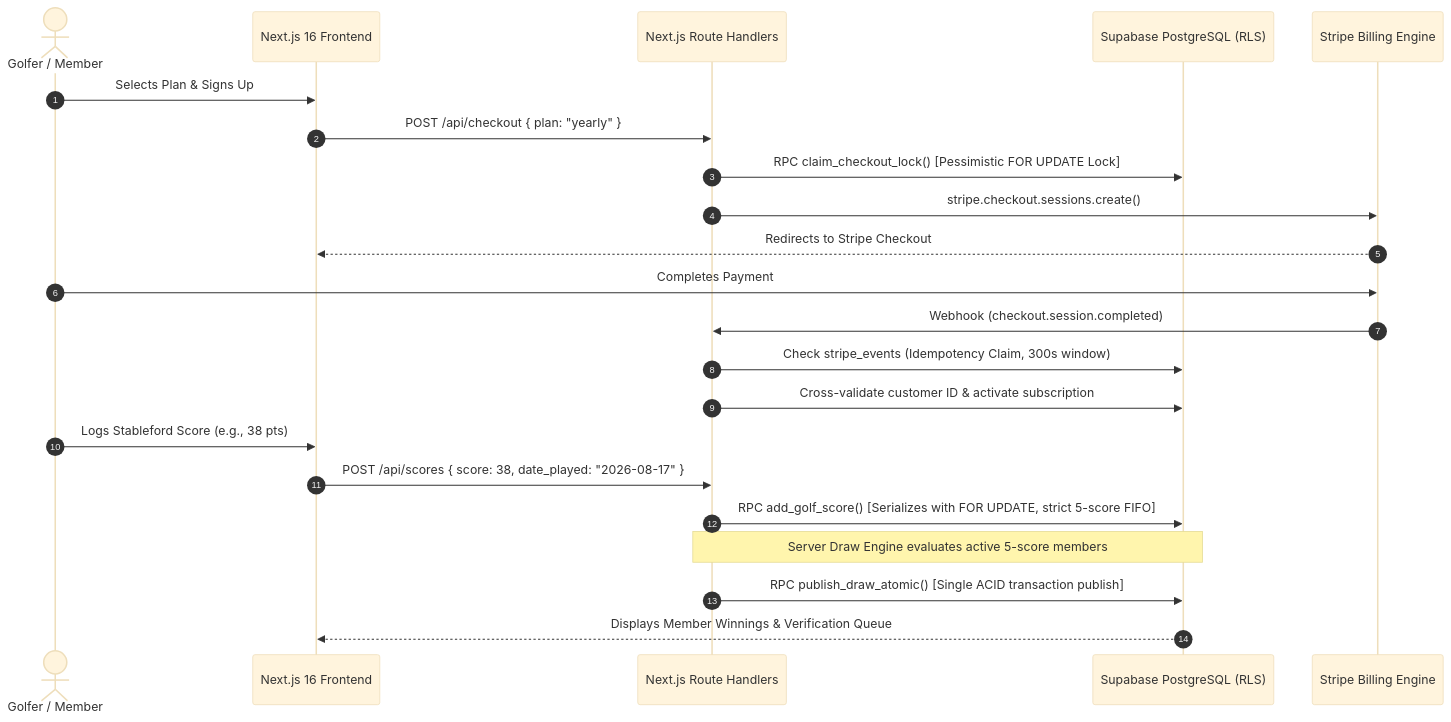
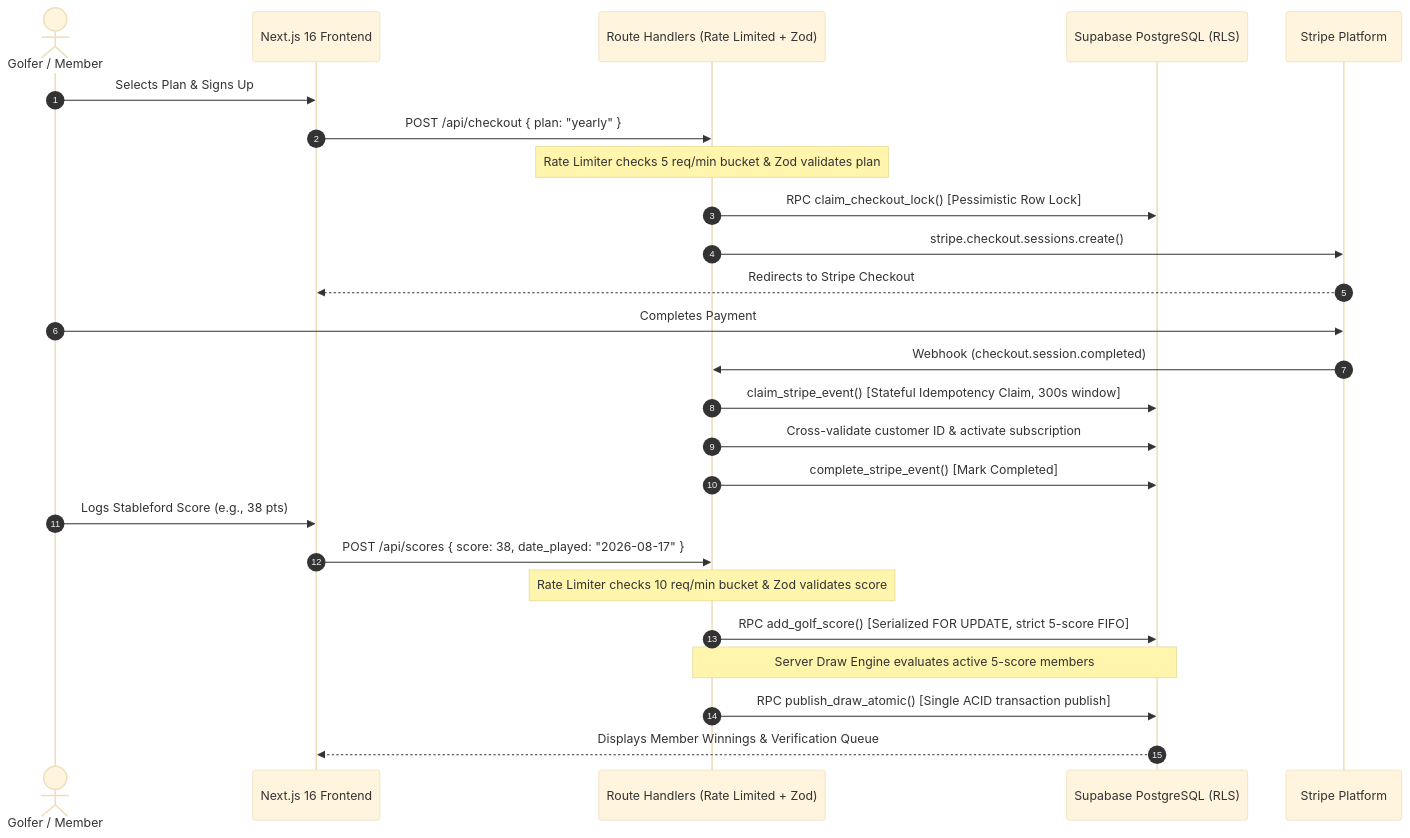
The first of 2 diagrams in README.md (Sekhar01807/Golf-Platform), drawn with Mermaid (base theme) before and after one commit. The commit also changed other lines of this file, not shown here.

Commit message:
docs(architecture): ground security mechanisms, clarify educational scope, add system diagrams and interview Q&As

````diff
--- a/README.md
+++ b/README.md
@@ -62,25 +68,28 @@
 ```mermaid
 sequenceDiagram
     autonumber
     actor Member as Golfer / Member
     participant UI as Next.js 16 Frontend
-    participant API as Next.js Route Handlers
+    participant API as Route Handlers (Rate Limited + Zod)
     participant DB as Supabase PostgreSQL (RLS)
-    participant Stripe as Stripe Billing Engine
+    participant Stripe as Stripe Platform
 
     Member->>UI: Selects Plan & Signs Up
     UI->>API: POST /api/checkout { plan: "yearly" }
-    API->>DB: RPC claim_checkout_lock() [Pessimistic FOR UPDATE Lock]
+    Note over API: Rate Limiter checks 5 req/min bucket & Zod validates plan
+    API->>DB: RPC claim_checkout_lock() [Pessimistic Row Lock]
     API->>Stripe: stripe.checkout.sessions.create()
     Stripe-->>UI: Redirects to Stripe Checkout
     Member->>Stripe: Completes Payment
     Stripe->>API: Webhook (checkout.session.completed)
-    API->>DB: Check stripe_events (Idempotency Claim, 300s window)
+    API->>DB: claim_stripe_event() [Stateful Idempotency Claim, 300s window]
     API->>DB: Cross-validate customer ID & activate subscription
+    API->>DB: complete_stripe_event() [Mark Completed]
     Member->>UI: Logs Stableford Score (e.g., 38 pts)
     UI->>API: POST /api/scores { score: 38, date_played: "2026-08-17" }
-    API->>DB: RPC add_golf_score() [Serializes with FOR UPDATE, strict 5-score FIFO]
+    Note over API: Rate Limiter checks 10 req/min bucket & Zod validates score
+    API->>DB: RPC add_golf_score() [Serialized FOR UPDATE, strict 5-score FIFO]
     Note over API,DB: Server Draw Engine evaluates active 5-score members
     API->>DB: RPC publish_draw_atomic() [Single ACID transaction publish]
     DB-->>UI: Displays Member Winnings & Verification Queue
 ```
````
